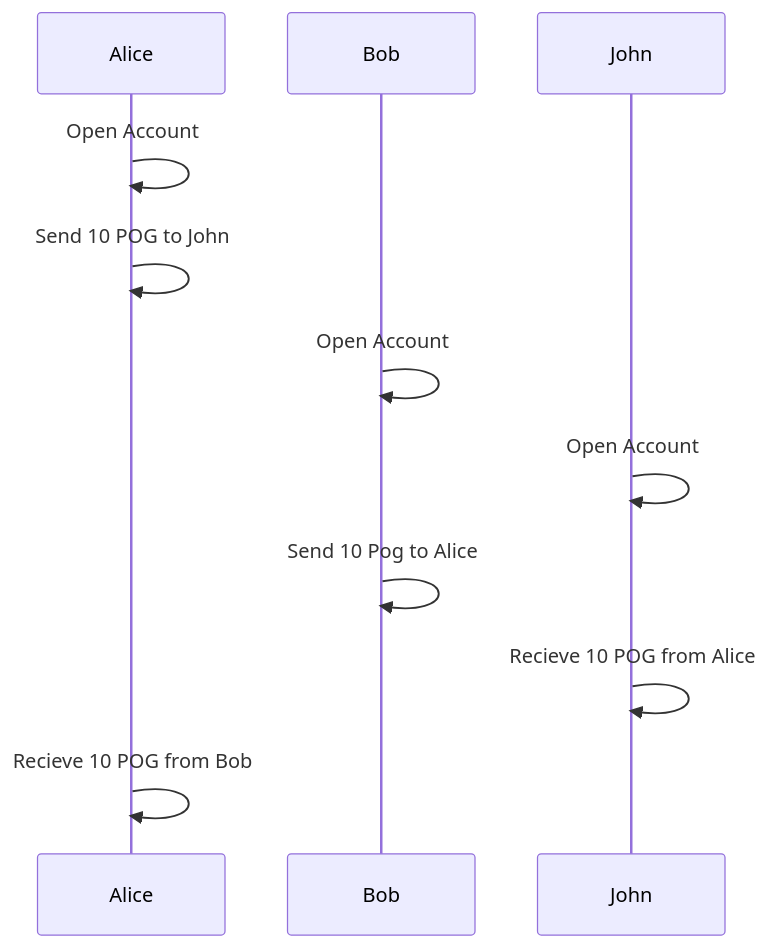
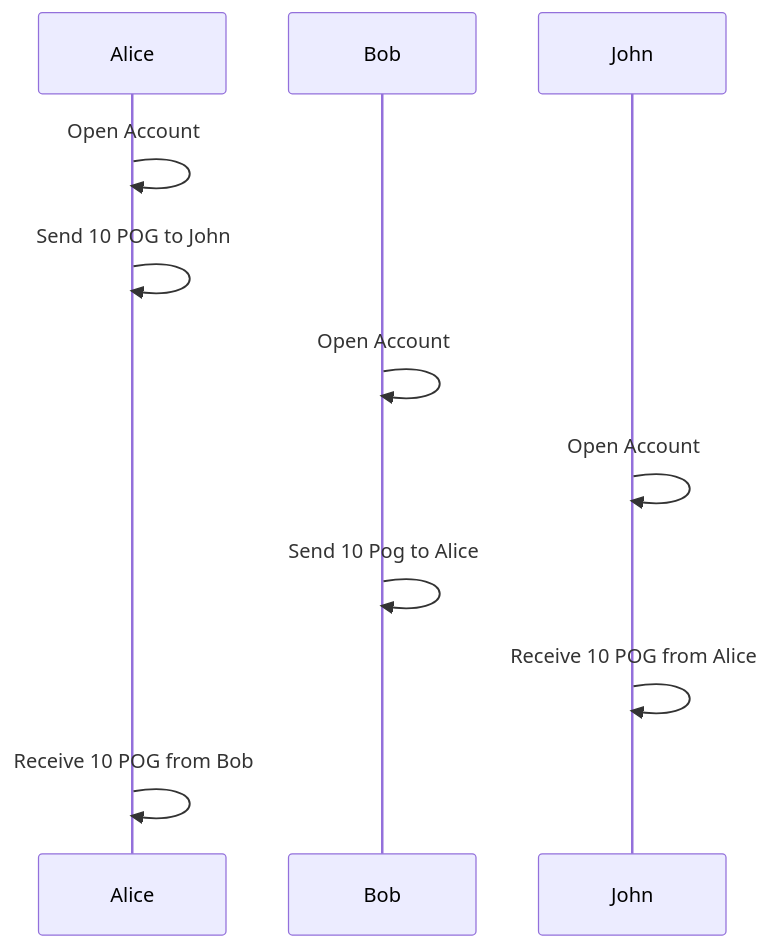
One commit to pognetwork/specification changed the diagram in specification/protocol/ledger.md. Above: the diagram before and after it, drawn with Mermaid. The commit also changed other lines of this file and 14 other files, not shown here.

````diff
--- a/specification/protocol/ledger.md
+++ b/specification/protocol/ledger.md
@@ -12,10 +12,10 @@
 ```mermaid
 sequenceDiagram
     Alice ->> Alice: Open Account
     Alice ->> Alice: Send 10 POG to John
     Bob ->> Bob: Open Account
     John ->> John: Open Account
     Bob ->> Bob: Send 10 Pog to Alice
-    John ->> John: Recieve 10 POG from Alice
-    Alice ->> Alice: Recieve 10 POG from Bob
+    John ->> John: Receive 10 POG from Alice
+    Alice ->> Alice: Receive 10 POG from Bob
 ```
````
